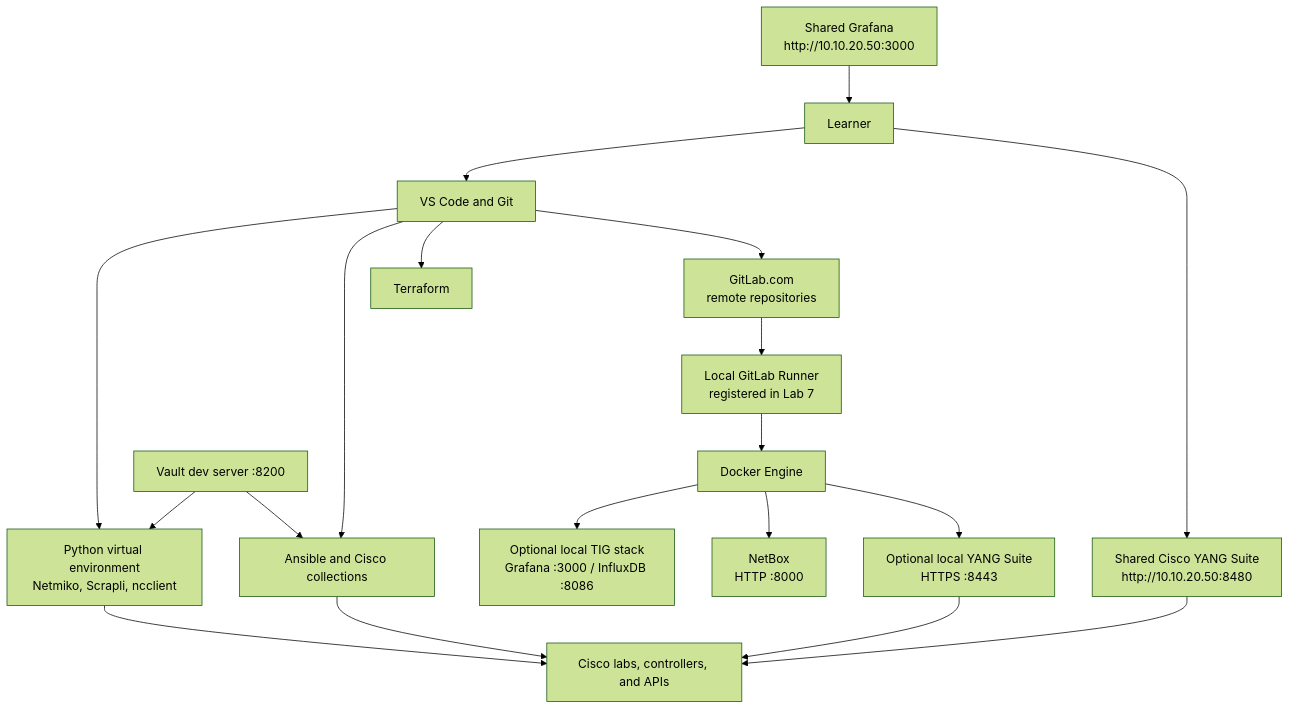
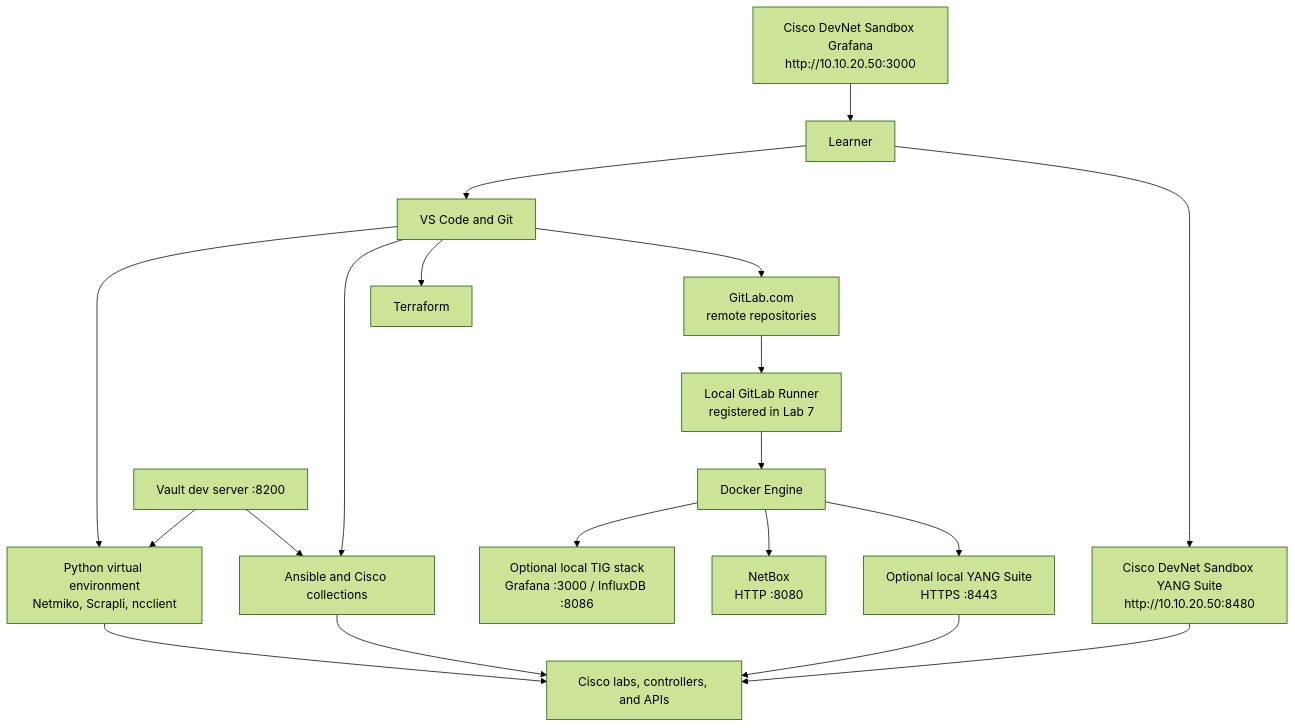
The diagram in LAB/Lab1/Lab1.md (tanthanh85/CCNPAUTO), drawn with Mermaid (forest theme) before and after one commit. The commit also changed other lines of this file and 32 other files, not shown here.

````diff
--- a/LAB/Lab1/Lab1.md
+++ b/LAB/Lab1/Lab1.md
@@ -46,22 +46,22 @@
 ```mermaid
 flowchart TB
     Learner["Learner"] --> VSCode["VS Code and Git"]
     VSCode --> Python["Python virtual environment<br/>Netmiko, Scrapli, ncclient"]
     VSCode --> Ansible["Ansible and Cisco collections"]
     VSCode --> IaC["Terraform"]
     VSCode --> GitLab["GitLab.com<br/>remote repositories"]
     GitLab --> Runner["Local GitLab Runner<br/>registered in Lab 7"]
 
     Docker["Docker Engine"] --> TIG["Optional local TIG stack<br/>Grafana :3000 / InfluxDB :8086"]
-    Docker --> NetBox["NetBox<br/>HTTP :8000"]
+    Docker --> NetBox["NetBox<br/>HTTP :8080"]
     Docker --> LocalYANG["Optional local YANG Suite<br/>HTTPS :8443"]
     Runner --> Docker
     Python --> Devices["Cisco labs, controllers, and APIs"]
     Ansible --> Devices
-    SharedYANG["Shared Cisco YANG Suite<br/>http://10.10.20.50:8480"] --> Devices
-    Learner --> SharedYANG
+    SandboxYANG["Cisco DevNet Sandbox YANG Suite<br/>http://10.10.20.50:8480"] --> Devices
+    Learner --> SandboxYANG
     LocalYANG --> Devices
-    SharedGrafana["Shared Grafana<br/>http://10.10.20.50:3000"] --> Learner
+    SandboxGrafana["Cisco DevNet Sandbox Grafana<br/>http://10.10.20.50:3000"] --> Learner
     Vault["Vault dev server :8200"] --> Python
     Vault --> Ansible
 ```
````
